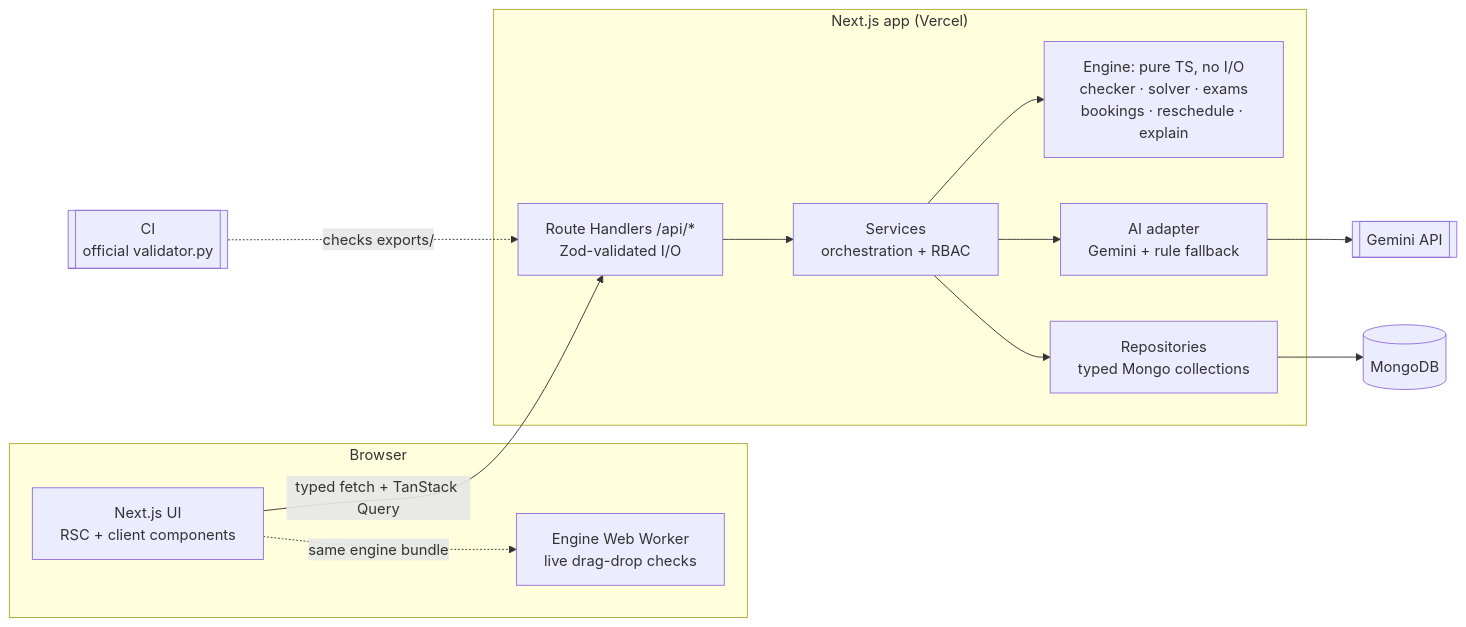
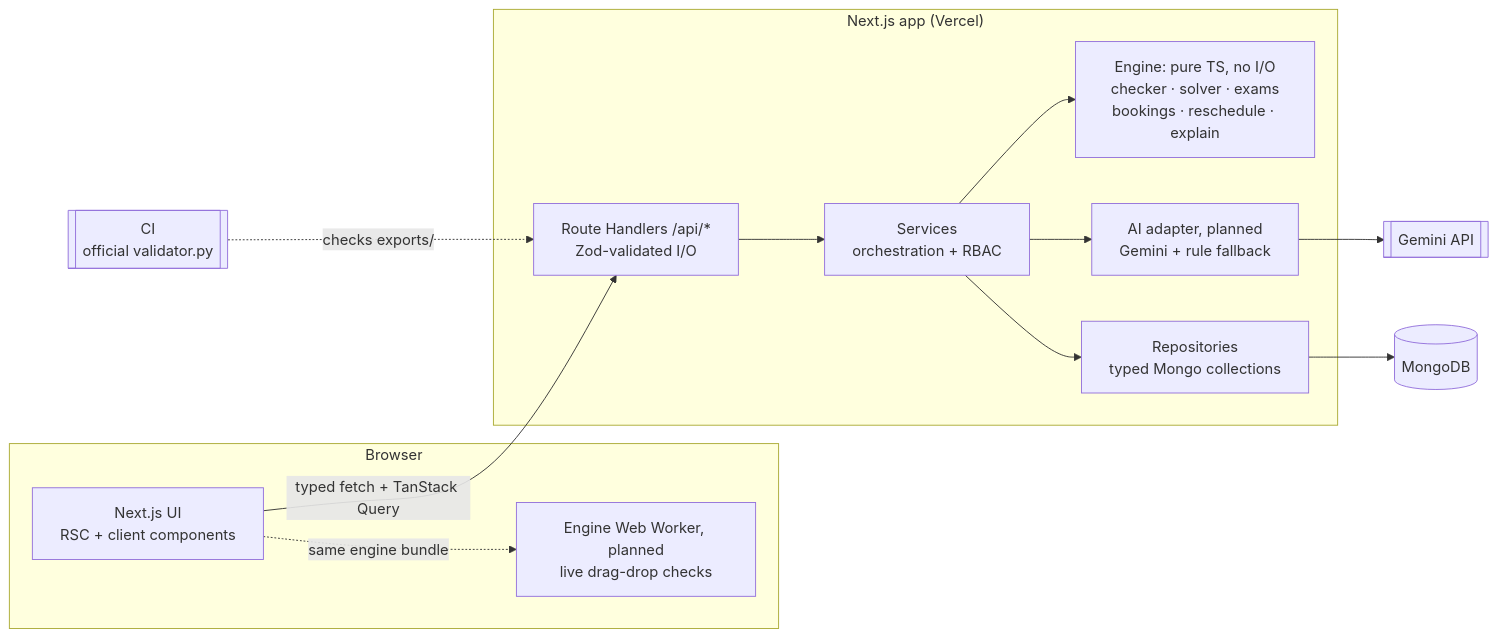
Before and after one commit to yashpandeycodes/IITB-Hackathon: the diagram in README.md, drawn with Mermaid. The commit also changed other lines of this file and 4 other files, not shown here.

````diff
--- a/README.md
+++ b/README.md
@@ -12,28 +12,28 @@
 ```mermaid
 flowchart LR
   subgraph Browser
     UI[Next.js UI<br/>RSC + client components]
-    WW[Engine Web Worker<br/>live drag-drop checks]
+    WW[Engine Web Worker, planned<br/>live drag-drop checks]
   end
 
   subgraph App["Next.js app (Vercel)"]
     RH[Route Handlers /api/*<br/>Zod-validated I/O]
     SV[Services<br/>orchestration + RBAC]
     EN[Engine: pure TS, no I/O<br/>checker · solver · exams<br/>bookings · reschedule · explain]
-    AI[AI adapter<br/>Gemini + rule fallback]
+    AI[AI adapter, planned<br/>Gemini + rule fallback]
     RP[Repositories<br/>typed Mongo collections]
   end
 
   DB[(MongoDB)]
   GM[[Gemini API]]
   CI[[CI<br/>official validator.py]]
 
   UI -- typed fetch + TanStack Query --> RH
   UI -. same engine bundle .-> WW
   RH --> SV
   SV --> EN
   SV --> AI
   SV --> RP --> DB
   AI --> GM
   CI -. checks exports/ .-> RH
 ```
````
